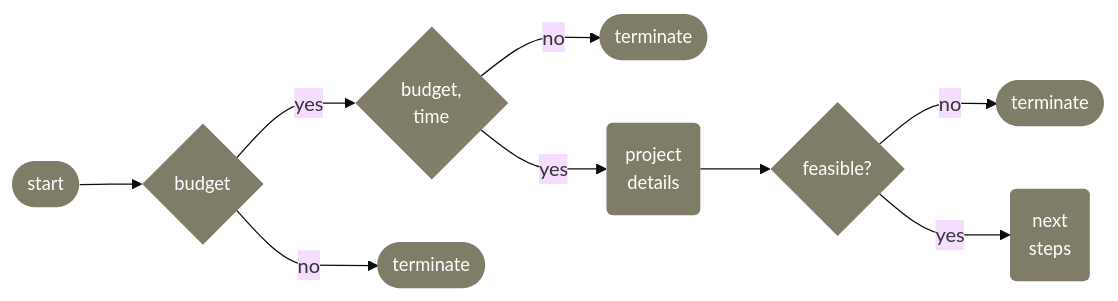
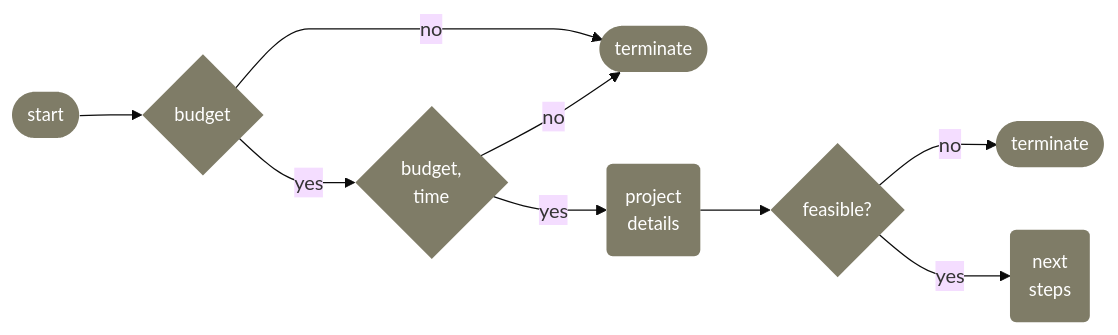
Before and after one commit to thereferences/systems: the diagram in docs/source/introduction/introduction.md, drawn with Mermaid (base theme).

````diff
--- a/docs/source/introduction/introduction.md
+++ b/docs/source/introduction/introduction.md
@@ -7,14 +7,14 @@
 ```{mermaid}
 %%{ init: { 'flowchart': { 'curve': 'monotoneX'} } }%%
 flowchart LR    
     id0([start]) --> id1{<span title="Does the potential project have a budget?">budget</span>} 
     id1 -- yes --> id2{<span title="Is the budget, project timebox, and the collaboration commitment plausible?">budget,<br>time</span>}
     id1 -- no --> id3([terminate])
-    id2 -- no --> id4([terminate])
+    id2 -- no --> id3
     id2 -- yes --> id5(<span title="The project scope/design details">project<br>details</span>)
     id5 --> id6{<span title="Is the potential project addressable via machine learning, technically feasible, and economically viable?">feasible?</span>}
     id6 -- no --> id7([terminate])
     id6 -- yes --> id8(next <br> steps)
     
     classDef default fill:#7f7c67,stroke:#7f7c67,stroke-width:0px,color:#ffffff,font-size:11pt;
 ```
````
